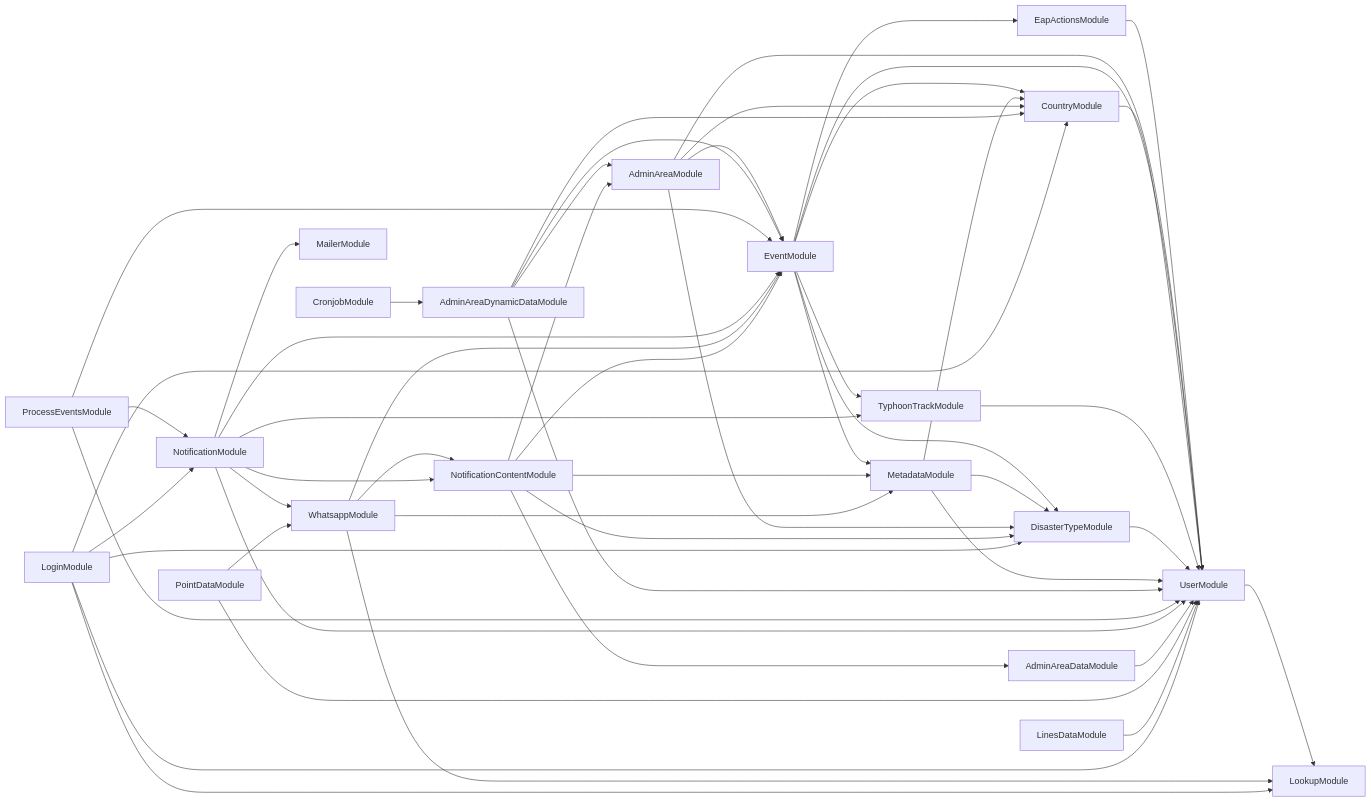
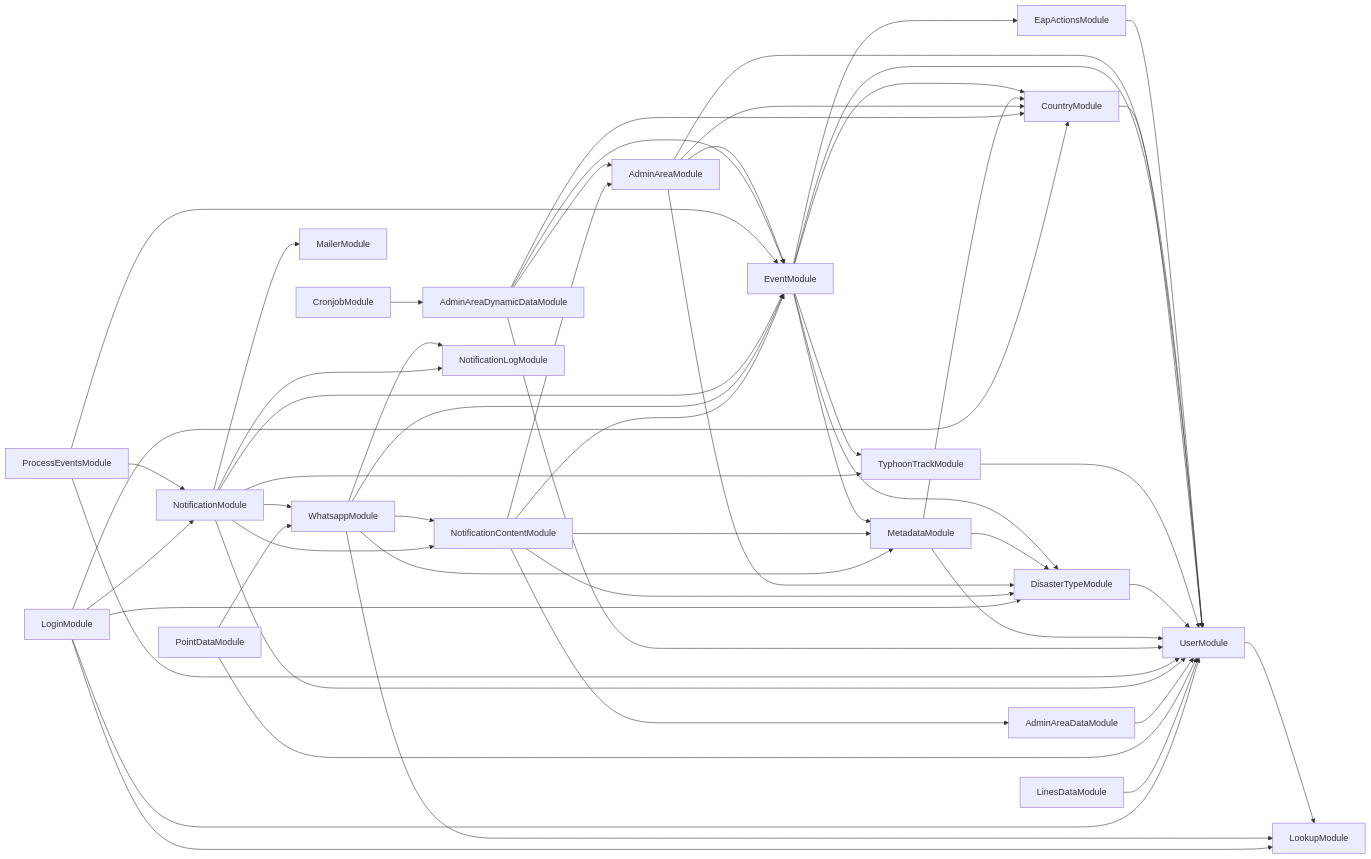
The diagram in services/API-service/module-dependencies.md (rodekruis/IBF-system), drawn with Mermaid before and after one commit. The commit also changed 10 other files, not shown here.

````diff
--- a/services/API-service/module-dependencies.md
+++ b/services/API-service/module-dependencies.md
@@ -3,53 +3,55 @@
 ```mermaid
 graph LR
   EapActionsModule-->UserModule
   UserModule-->LookupModule
   AdminAreaModule-->UserModule
   AdminAreaModule-->EventModule
   EventModule-->UserModule
   EventModule-->CountryModule
   CountryModule-->UserModule
   EventModule-->EapActionsModule
   EventModule-->TyphoonTrackModule
   TyphoonTrackModule-->UserModule
   EventModule-->DisasterTypeModule
   DisasterTypeModule-->UserModule
   EventModule-->MetadataModule
   MetadataModule-->UserModule
   MetadataModule-->CountryModule
   MetadataModule-->DisasterTypeModule
   AdminAreaModule-->CountryModule
   AdminAreaModule-->DisasterTypeModule
   AdminAreaDynamicDataModule-->UserModule
   AdminAreaDynamicDataModule-->EventModule
   AdminAreaDynamicDataModule-->CountryModule
   AdminAreaDynamicDataModule-->AdminAreaModule
   ProcessEventsModule-->UserModule
   ProcessEventsModule-->EventModule
   ProcessEventsModule-->NotificationModule
   NotificationModule-->UserModule
   NotificationModule-->EventModule
   NotificationModule-->WhatsappModule
   WhatsappModule-->LookupModule
   WhatsappModule-->EventModule
   WhatsappModule-->NotificationContentModule
   NotificationContentModule-->EventModule
   NotificationContentModule-->AdminAreaDataModule
   AdminAreaDataModule-->UserModule
   NotificationContentModule-->AdminAreaModule
   NotificationContentModule-->DisasterTypeModule
   NotificationContentModule-->MetadataModule
+  WhatsappModule-->NotificationLogModule
   WhatsappModule-->MetadataModule
   NotificationModule-->NotificationContentModule
+  NotificationModule-->NotificationLogModule
   NotificationModule-->TyphoonTrackModule
   NotificationModule-->MailerModule
   PointDataModule-->UserModule
   PointDataModule-->WhatsappModule
   LinesDataModule-->UserModule
   CronjobModule-->AdminAreaDynamicDataModule
   LoginModule-->LookupModule
   LoginModule-->UserModule
   LoginModule-->CountryModule
   LoginModule-->DisasterTypeModule
   LoginModule-->NotificationModule
 ```
````
